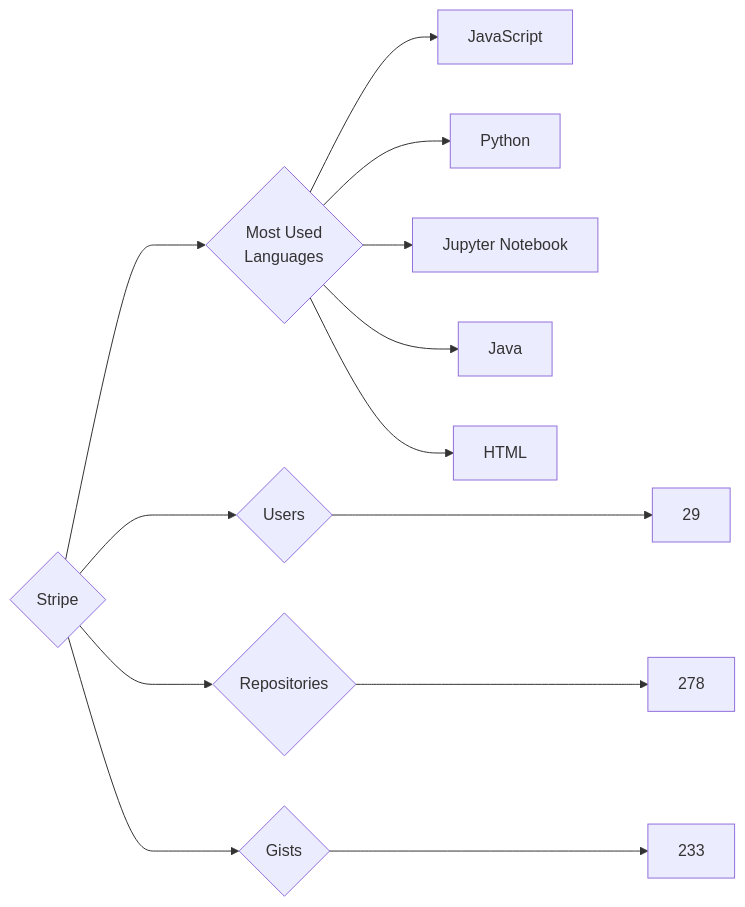
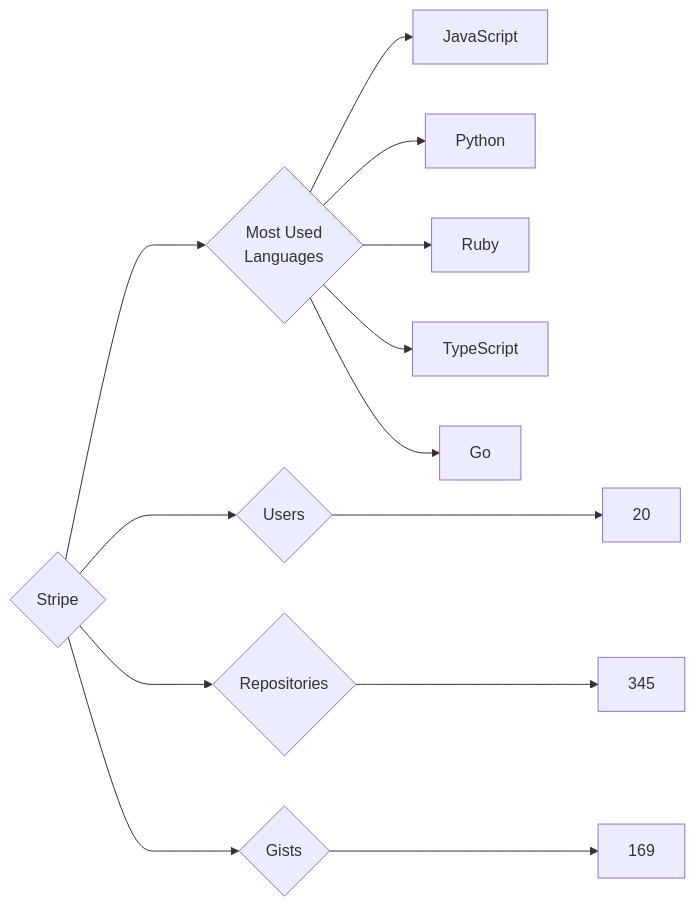
One commit to trickest/insiders changed the diagram in targets/Stripe/README.md. Above: the diagram before and after it, drawn with Mermaid. The commit also changed 972 other files, not shown here.

````diff
--- a/targets/Stripe/README.md
+++ b/targets/Stripe/README.md
@@ -3,13 +3,13 @@
 ```mermaid
 graph LR
 COMPANY_NAME{Stripe}
-COMPANY_NAME ---> U{Users} ---> UN[29]
-COMPANY_NAME ---> R{Repositories} ---> RN[278]
-COMPANY_NAME ---> G{Gists} ---> GN[233]
+COMPANY_NAME ---> U{Users} ---> UN[20]
+COMPANY_NAME ---> R{Repositories} ---> RN[345]
+COMPANY_NAME ---> G{Gists} ---> GN[169]
 COMPANY_NAME ---> ML{Most Used<br>Languages}
 ML --> JavaScript[JavaScript]
 ML --> Python[Python]
-ML --> Jupyter_Notebook[Jupyter Notebook]
-ML --> Java[Java]
-ML --> HTML[HTML]
+ML --> Ruby[Ruby]
+ML --> TypeScript[TypeScript]
+ML --> Go[Go]
 ```
````
